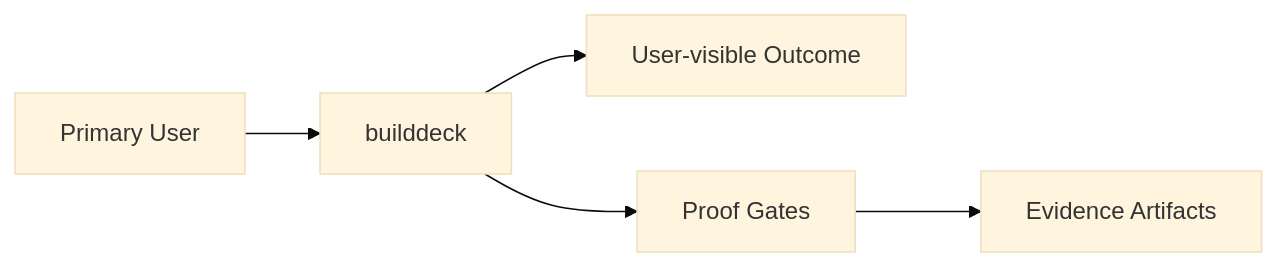
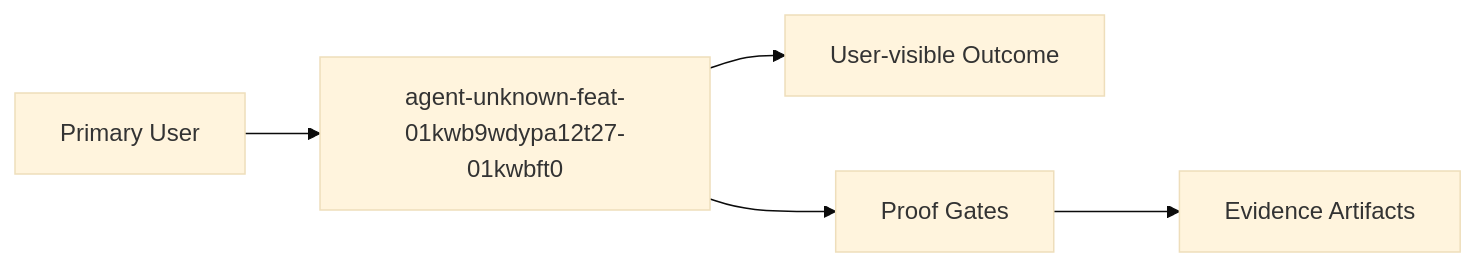
The diagram in .decapod/generated/specs/INTENT.md (alexhraber/builddeck), drawn with Mermaid (base theme) before and after one commit. The commit also changed other lines of this file and 15 other files, not shown here.

````diff
--- a/.decapod/generated/specs/INTENT.md
+++ b/.decapod/generated/specs/INTENT.md
@@ -19,7 +15,7 @@
 ```mermaid
 flowchart LR
-  U[Primary User] --> P[builddeck]
+  U[Primary User] --> P[agent-unknown-feat-01kwb9wdypa12t27-01kwbft0]
   P --> O[User-visible Outcome]
   P --> G[Proof Gates]
   G --> E[Evidence Artifacts]
 ```
````
